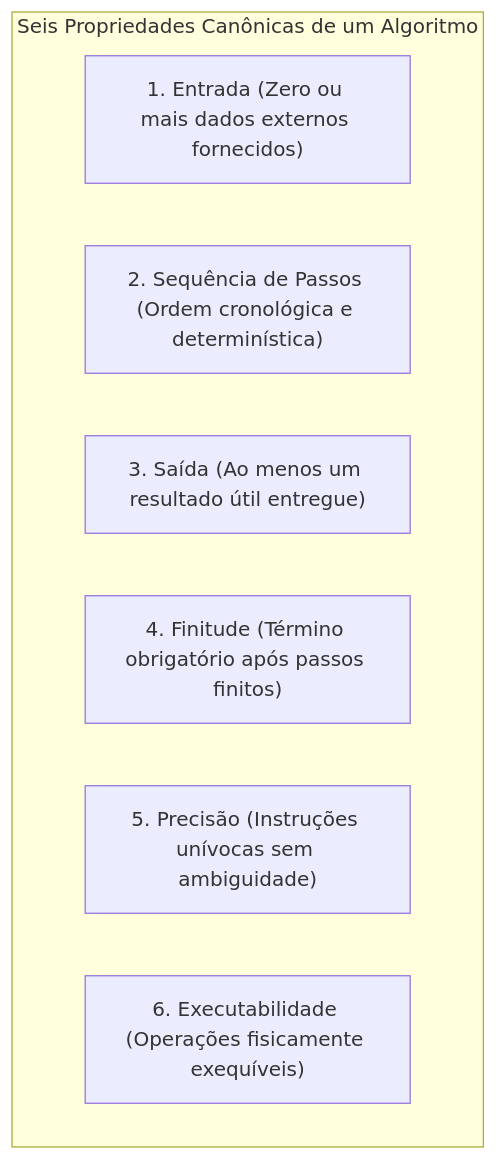
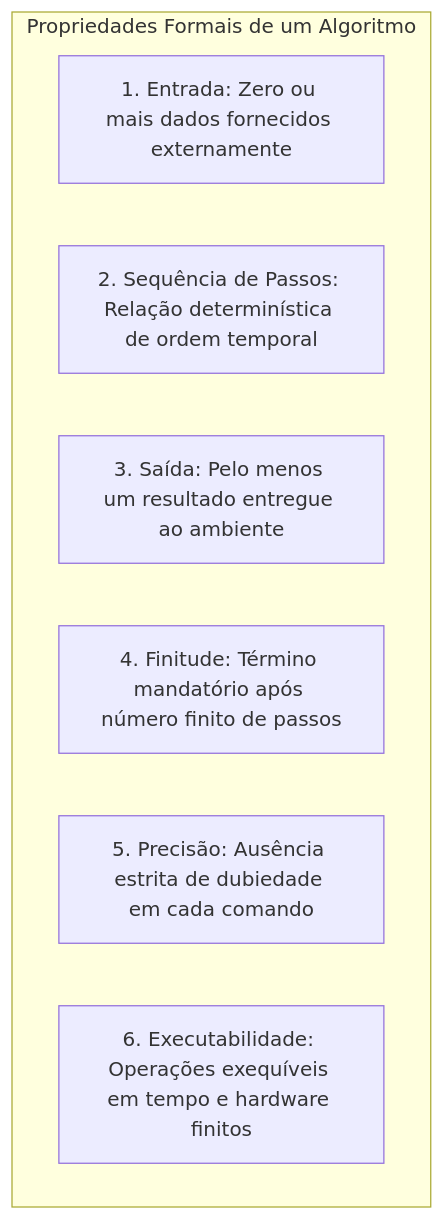
The second of 26 diagrams in 4º Semestre/[Prof. Wesley Soares] Estrutura de Dados I/Resumos-IA/Simulados-Comentados.md (murilolol/unifef), drawn with Mermaid before and after one commit. The commit also changed other lines of this file and 58 other files, not shown here.

````diff
--- a/4º Semestre/[Prof. Wesley Soares] Estrutura de Dados I/Resumos-IA/Simulados-Comentados.md
+++ b/4º Semestre/[Prof. Wesley Soares] Estrutura de Dados I/Resumos-IA/Simulados-Comentados.md
@@ -197,11 +162,11 @@
 ```mermaid
 flowchart TD
-  subgraph Caracteristicas["Seis Propriedades Canônicas de um Algoritmo"]
-    C1["1. Entrada (Zero ou mais dados externos fornecidos)"]
-    C2["2. Sequência de Passos (Ordem cronológica e determinística)"]
-    C3["3. Saída (Ao menos um resultado útil entregue)"]
-    C4["4. Finitude (Término obrigatório após passos finitos)"]
-    C5["5. Precisão (Instruções unívocas sem ambiguidade)"]
-    C6["6. Executabilidade (Operações fisicamente exequíveis)"]
-  end
+    subgraph Caracteristicas["Propriedades Formais de um Algoritmo"]
+        C1["1. Entrada: Zero ou mais dados fornecidos externamente"]
+        C2["2. Sequência de Passos: Relação determinística de ordem temporal"]
+        C3["3. Saída: Pelo menos um resultado entregue ao ambiente"]
+        C4["4. Finitude: Término mandatório após número finito de passos"]
+        C5["5. Precisão: Ausência estrita de dubiedade em cada comando"]
+        C6["6. Executabilidade: Operações exequíveis em tempo e hardware finitos"]
+    end
 ```
````
